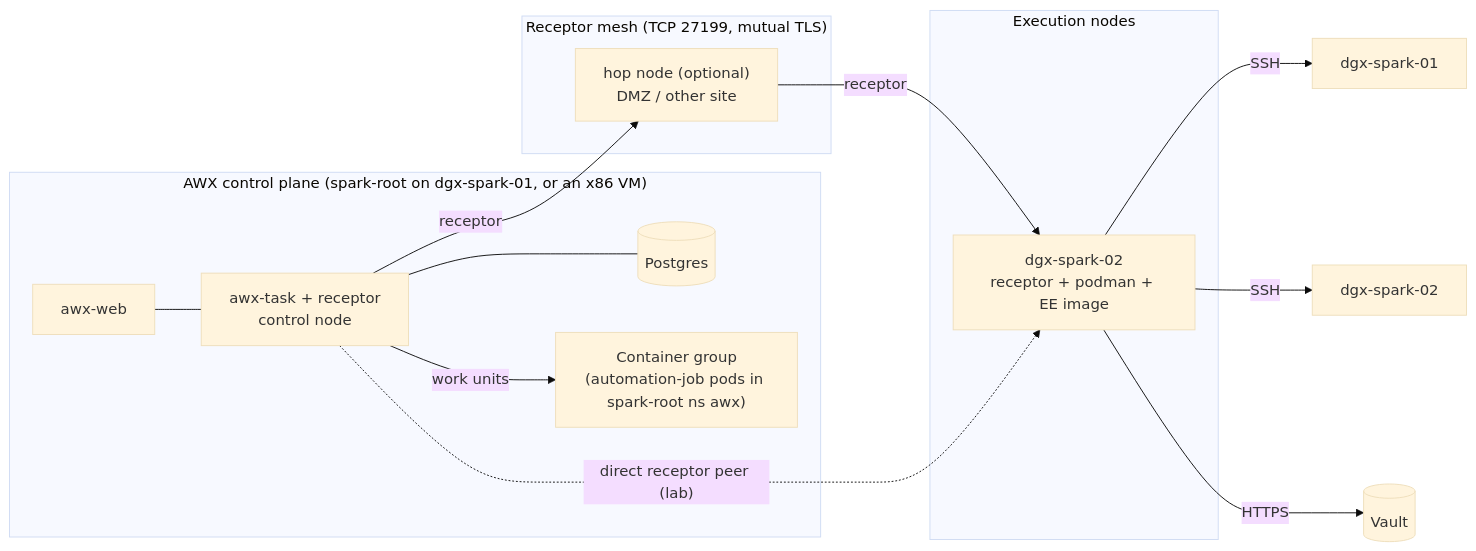
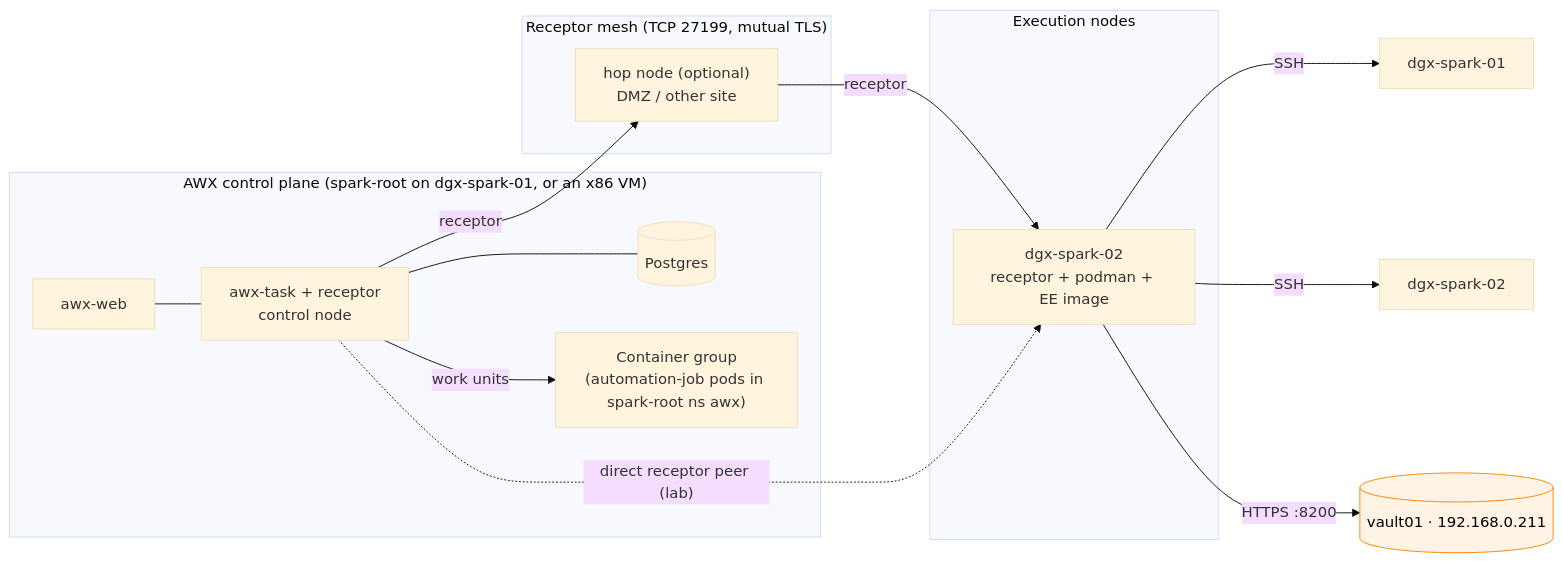
One commit to cloudone365/technical-depth changed the first of 2 diagrams in 01 Ansible/20-awx-tower-production-cluster-and-receptor.md. Above: the diagram before and after it, drawn with Mermaid (base theme). The commit also changed other lines of this file and 37 other files, not shown here.

````diff
--- a/01 Ansible/20-awx-tower-production-cluster-and-receptor.md
+++ b/01 Ansible/20-awx-tower-production-cluster-and-receptor.md
@@ -19,19 +32,21 @@
 ```mermaid
 flowchart LR
   subgraph CP["AWX control plane (spark-root on dgx-spark-01, or an x86 VM)"]
     WEB[awx-web] --- TASK[awx-task + receptor<br/>control node]
     TASK --- PG[(Postgres)]
     CG["Container group<br/>(automation-job pods in spark-root ns awx)"]
   end
   subgraph MESH["Receptor mesh (TCP 27199, mutual TLS)"]
     HOP["hop node (optional)<br/>DMZ / other site"]
   end
   subgraph EX["Execution nodes"]
     E1["dgx-spark-02<br/>receptor + podman + EE image"]
   end
   TASK -->|"work units"| CG
   TASK -->|"receptor"| HOP -->|receptor| E1
   TASK -.->|"direct receptor peer (lab)"| E1
   E1 -->|SSH| T1[dgx-spark-01] & T2[dgx-spark-02]
-  E1 -->|HTTPS| V[(Vault)]
+  E1 -->|HTTPS :8200| V[("vault01 · 192.168.0.211")]
+  classDef mgmt fill:#fff3e6,stroke:#fb8500,color:#000
+  class V mgmt
 ```
````
